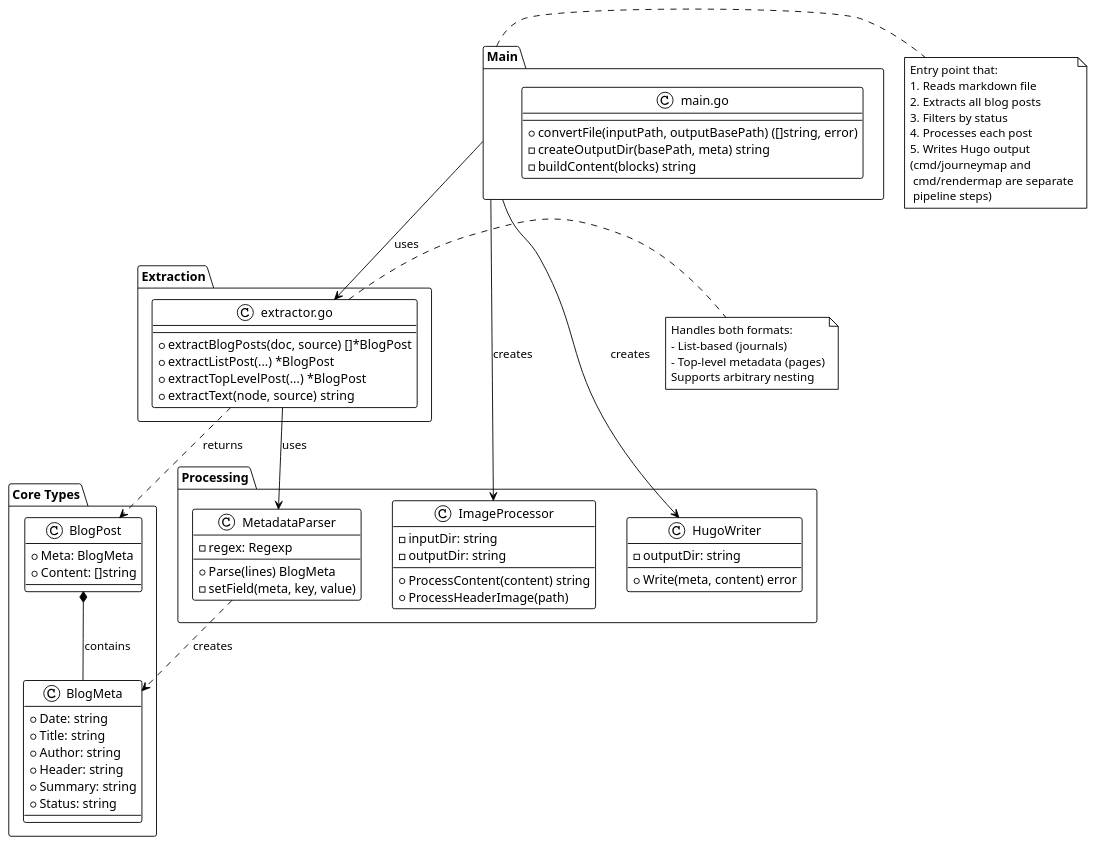
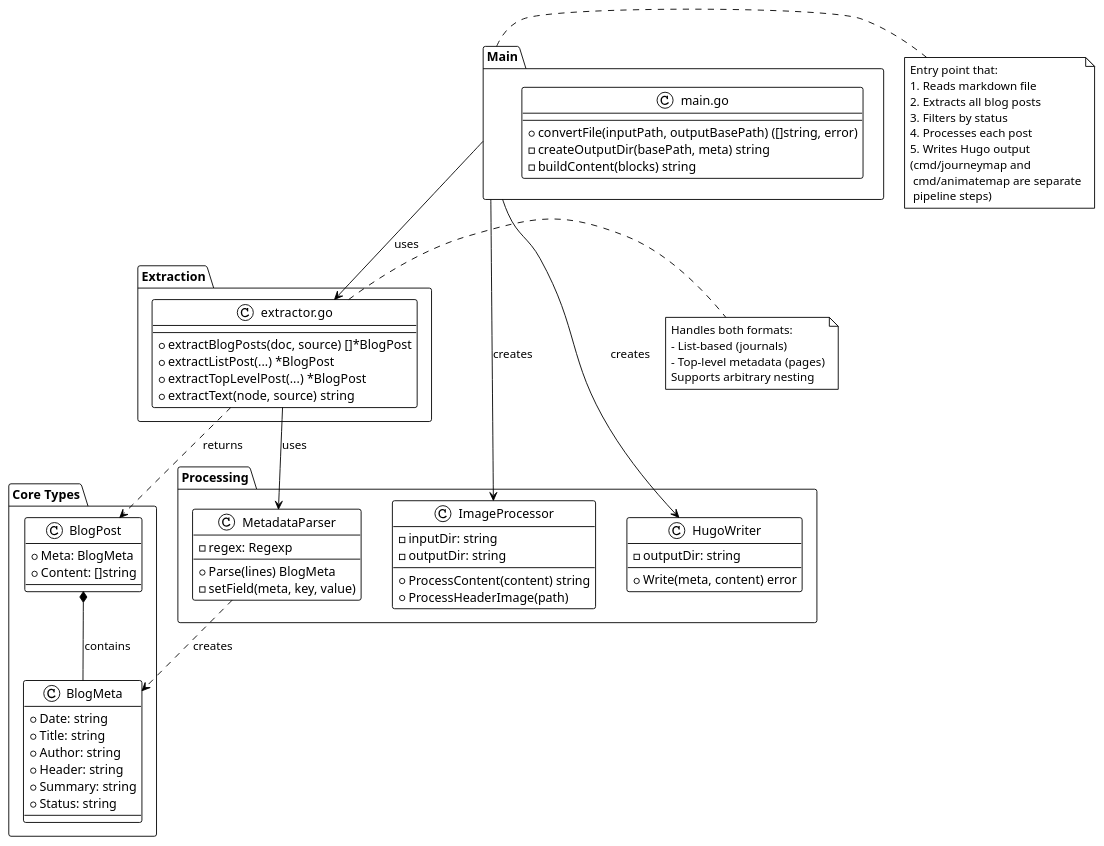
Before and after one commit to bbaumgartner/logseq-to-hugo-converter: the diagram in README.md, drawn with PlantUML. The commit also changed other lines of this file and 15 other files, not shown here.

```diff
--- a/README.md
+++ b/README.md
@@ -407,7 +420,7 @@
   4. Processes each post
   5. Writes Hugo output
   (cmd/journeymap and
-   cmd/rendermap are separate
+   cmd/animatemap are separate
    pipeline steps)
 end note
 
```
